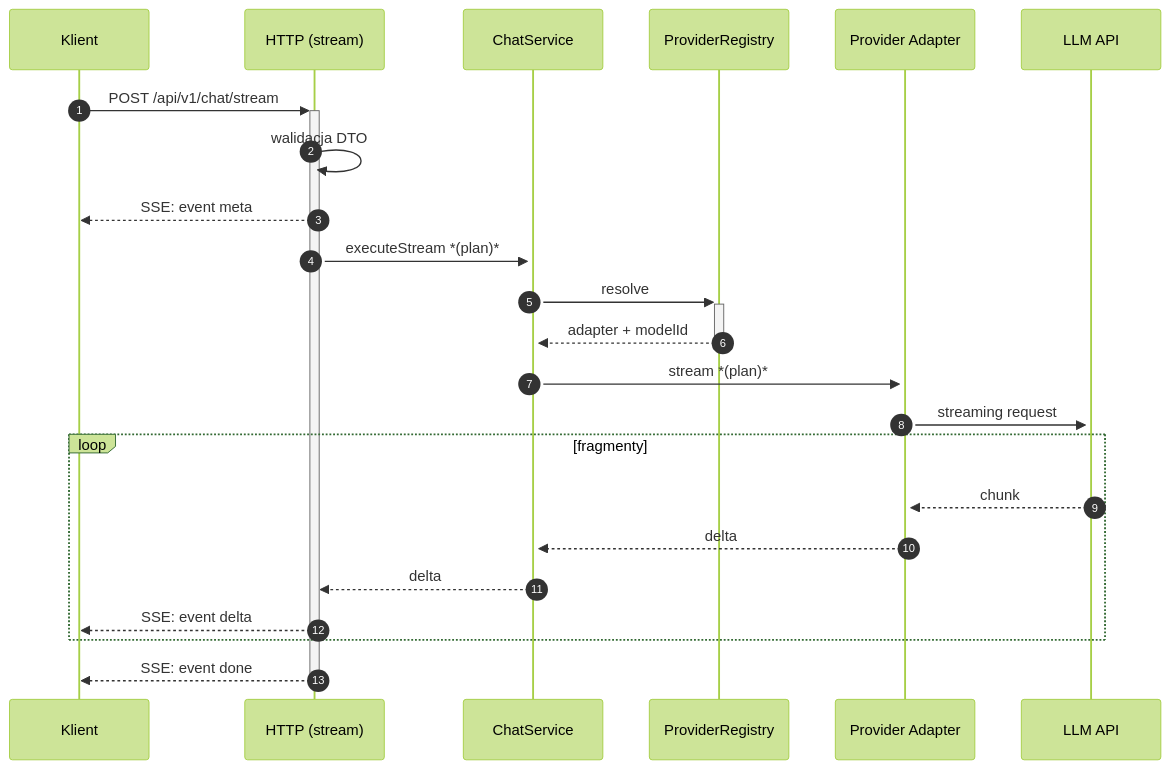
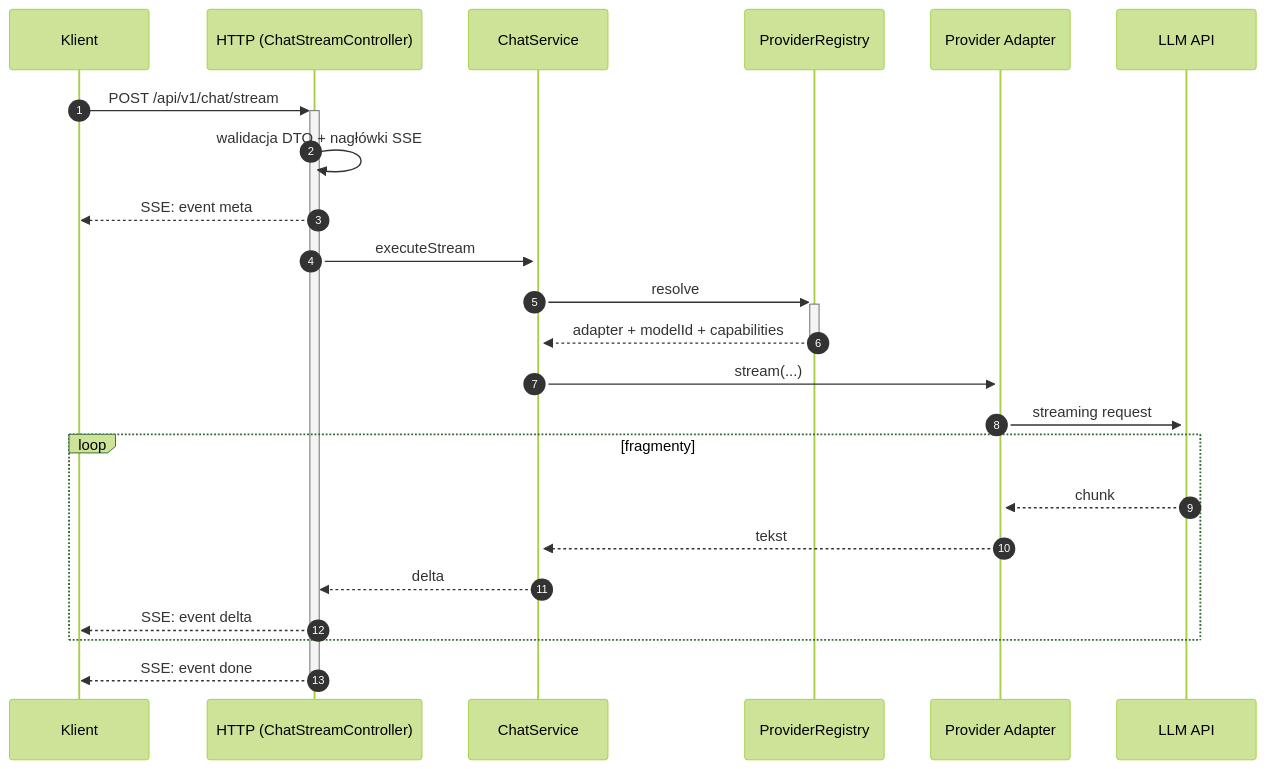
Before and after one commit to matej2314/ai-provider-gateway: the fourth of 4 diagrams in docs/data_flow.md, drawn with Mermaid (forest theme). The commit also changed other lines of this file and 18 other files, not shown here.

````diff
--- a/docs/data_flow.md
+++ b/docs/data_flow.md
@@ -97,26 +96,26 @@
 ```mermaid
 sequenceDiagram
   autonumber
   participant K as Klient
-  participant H as HTTP (stream)
+  participant H as HTTP (ChatStreamController)
   participant S as ChatService
   participant R as ProviderRegistry
   participant P as Provider Adapter
   participant A as LLM API
 
   K->>+H: POST /api/v1/chat/stream
-  H->>H: walidacja DTO
+  H->>H: walidacja DTO + nagłówki SSE
   H-->>K: SSE: event meta
-  H->>+S: executeStream *(plan)*
+  H->>+S: executeStream
   S->>+R: resolve
-  R-->>-S: adapter + modelId
-  S->>+P: stream *(plan)*
+  R-->>-S: adapter + modelId + capabilities
+  S->>+P: stream(...)
   P->>+A: streaming request
   loop fragmenty
     A-->>P: chunk
-    P-->>S: delta
+    P-->>S: tekst
     S-->>H: delta
     H-->>K: SSE: event delta
   end
   H-->>-K: SSE: event done
 ```
````
